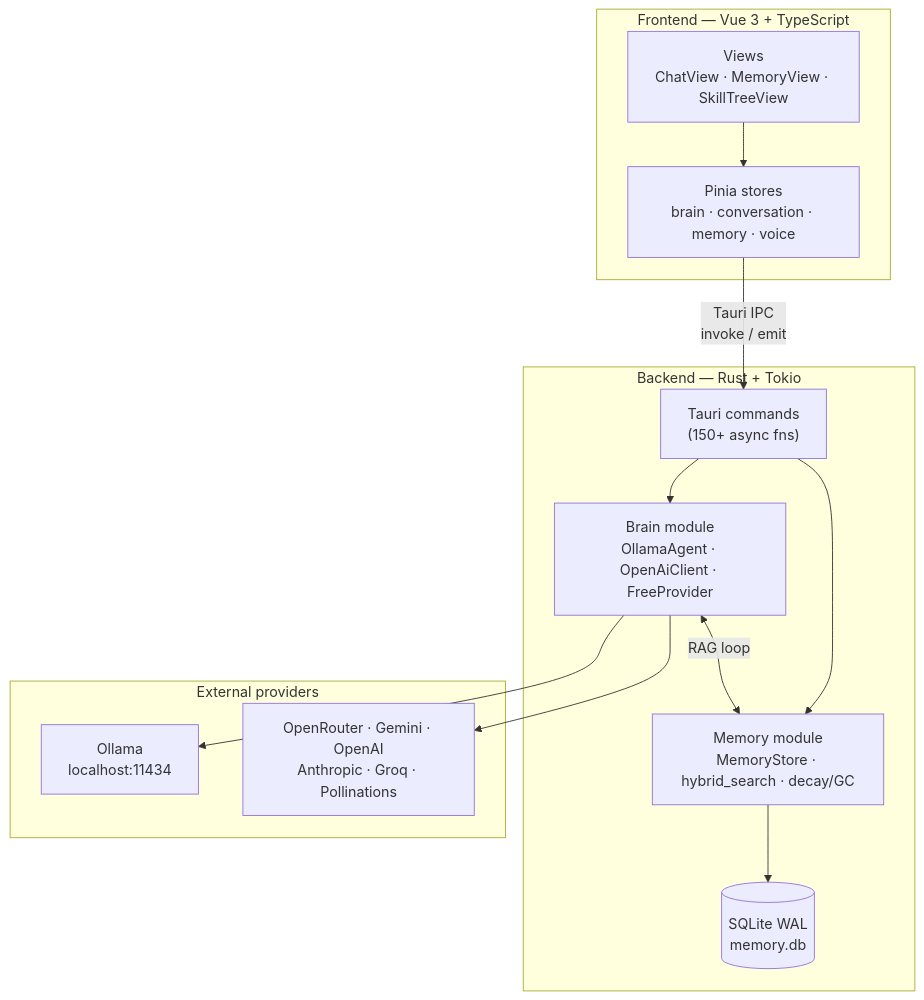
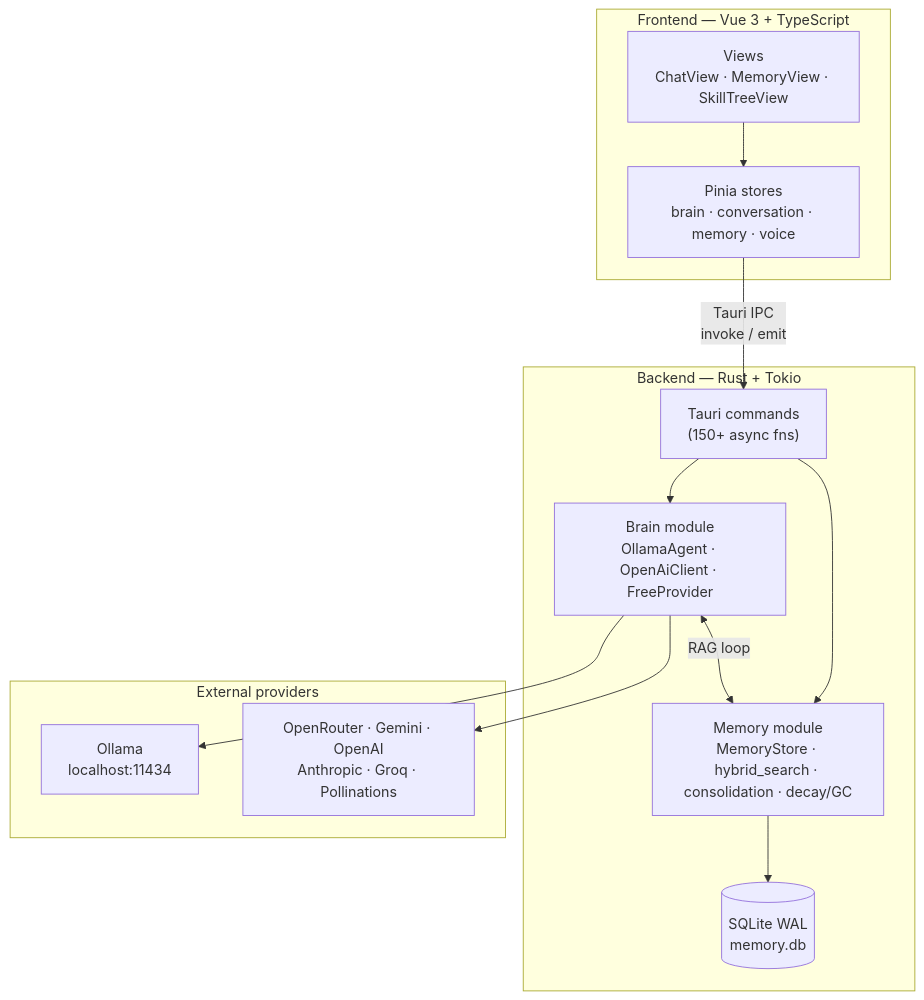
One commit to Terranes/TerranSoul changed the first of 5 diagrams in docs/brain-advanced-design.md. Above: the diagram before and after it, drawn with Mermaid. The commit also changed other lines of this file and 77 other files, not shown here.

````diff
--- a/docs/brain-advanced-design.md
+++ b/docs/brain-advanced-design.md
@@ -13,28 +13,28 @@
 ```mermaid
 flowchart TB
     subgraph FE["Frontend — Vue 3 + TypeScript"]
         UI["Views<br/>ChatView · MemoryView · SkillTreeView"]
         STORES["Pinia stores<br/>brain · conversation · memory · voice"]
         UI --> STORES
     end
 
     subgraph BE["Backend — Rust + Tokio"]
         CMDS["Tauri commands<br/>(150+ async fns)"]
         BRAIN["Brain module<br/>OllamaAgent · OpenAiClient · FreeProvider"]
-        MEM["Memory module<br/>MemoryStore · hybrid_search · decay/GC"]
+        MEM["Memory module<br/>MemoryStore · hybrid_search · consolidation · decay/GC"]
         DB[("SQLite WAL<br/>memory.db")]
         CMDS --> BRAIN
         CMDS --> MEM
         BRAIN <-->|RAG loop| MEM
         MEM --> DB
     end
 
     subgraph EXT["External providers"]
         OLLAMA["Ollama<br/>localhost:11434"]
         CLOUD["OpenRouter · Gemini · OpenAI<br/>Anthropic · Groq · Pollinations"]
     end
 
     STORES -->|Tauri IPC<br/>invoke / emit| CMDS
     BRAIN --> OLLAMA
     BRAIN --> CLOUD
 ```
````
